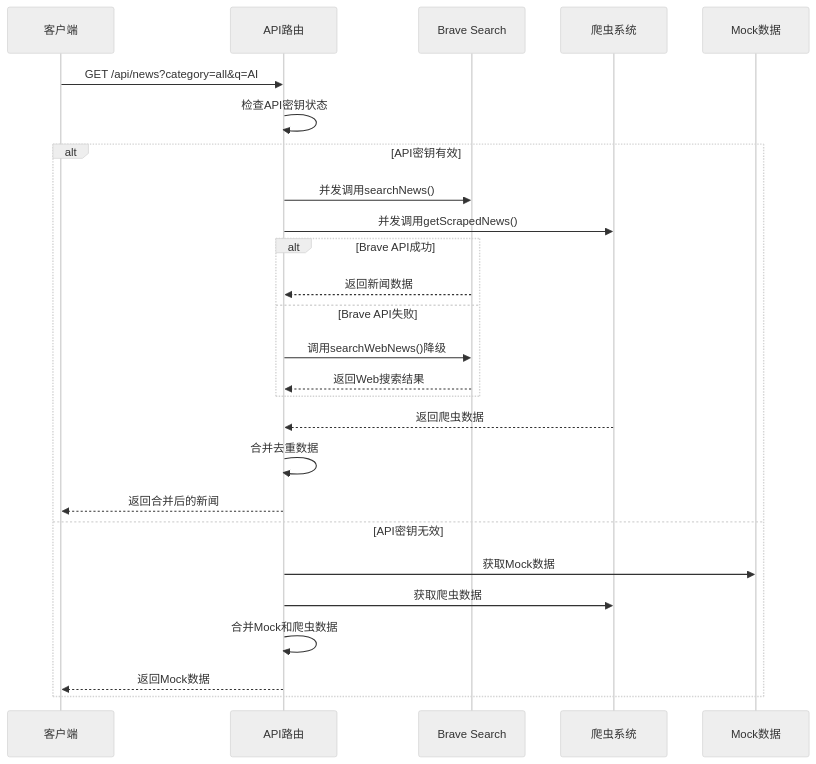
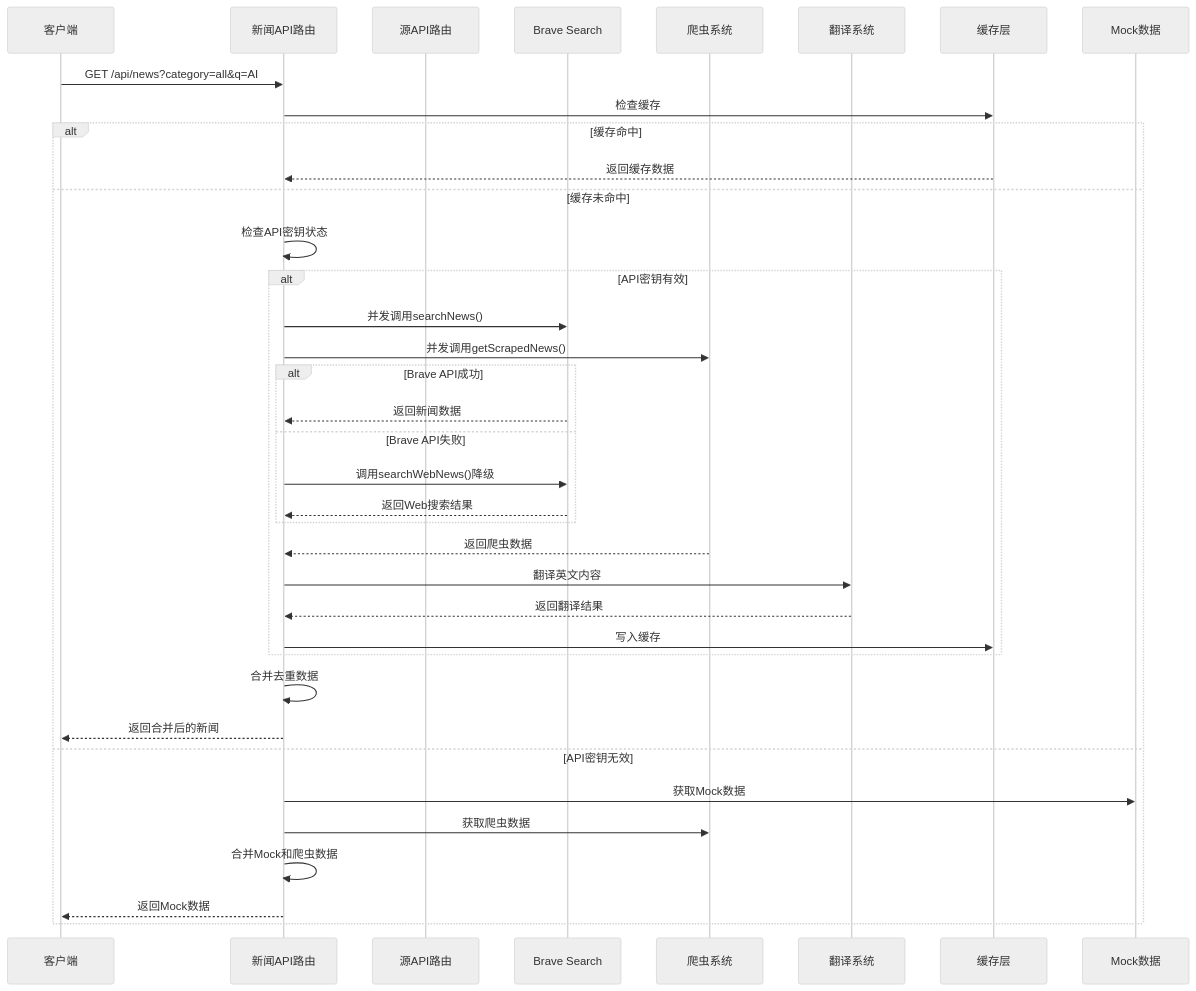
The second of 14 diagrams in .qoder/repowiki/zh/content/核心功能模块/新闻数据获取系统.md (zuozuoliu740-cmd/xianxiong-news), drawn with Mermaid (neutral theme) before and after one commit. The commit also changed other lines of this file and 11 other files, not shown here.

````diff
--- a/.qoder/repowiki/zh/content/核心功能模块/新闻数据获取系统.md
+++ b/.qoder/repowiki/zh/content/核心功能模块/新闻数据获取系统.md
@@ -115,28 +176,39 @@
 ```mermaid
 sequenceDiagram
 participant Client as 客户端
-participant API as API路由
+participant NewsAPI as 新闻API路由
+participant SourcesAPI as 源API路由
 participant Brave as Brave Search
 participant Scraper as 爬虫系统
+participant Translator as 翻译系统
+participant Cache as 缓存层
 participant Mock as Mock数据
-Client->>API : GET /api/news?category=all&q=AI
-API->>API : 检查API密钥状态
+Client->>NewsAPI : GET /api/news?category=all&q=AI
+NewsAPI->>Cache : 检查缓存
+alt 缓存命中
+Cache-->>NewsAPI : 返回缓存数据
+else 缓存未命中
+NewsAPI->>NewsAPI : 检查API密钥状态
 alt API密钥有效
-API->>Brave : 并发调用searchNews()
-API->>Scraper : 并发调用getScrapedNews()
+NewsAPI->>Brave : 并发调用searchNews()
+NewsAPI->>Scraper : 并发调用getScrapedNews()
 alt Brave API成功
-Brave-->>API : 返回新闻数据
+Brave-->>NewsAPI : 返回新闻数据
 else Brave API失败
-API->>Brave : 调用searchWebNews()降级
-Brave-->>API : 返回Web搜索结果
+NewsAPI->>Brave : 调用searchWebNews()降级
+Brave-->>NewsAPI : 返回Web搜索结果
 end
-Scraper-->>API : 返回爬虫数据
-API->>API : 合并去重数据
-API-->>Client : 返回合并后的新闻
+Scraper-->>NewsAPI : 返回爬虫数据
+NewsAPI->>Translator : 翻译英文内容
+Translator-->>NewsAPI : 返回翻译结果
+NewsAPI->>Cache : 写入缓存
+end
+NewsAPI->>NewsAPI : 合并去重数据
+NewsAPI-->>Client : 返回合并后的新闻
 else API密钥无效
-API->>Mock : 获取Mock数据
-API->>Scraper : 获取爬虫数据
-API->>API : 合并Mock和爬虫数据
-API-->>Client : 返回Mock数据
+NewsAPI->>Mock : 获取Mock数据
+NewsAPI->>Scraper : 获取爬虫数据
+NewsAPI->>NewsAPI : 合并Mock和爬虫数据
+NewsAPI-->>Client : 返回Mock数据
 end
 ```
````
